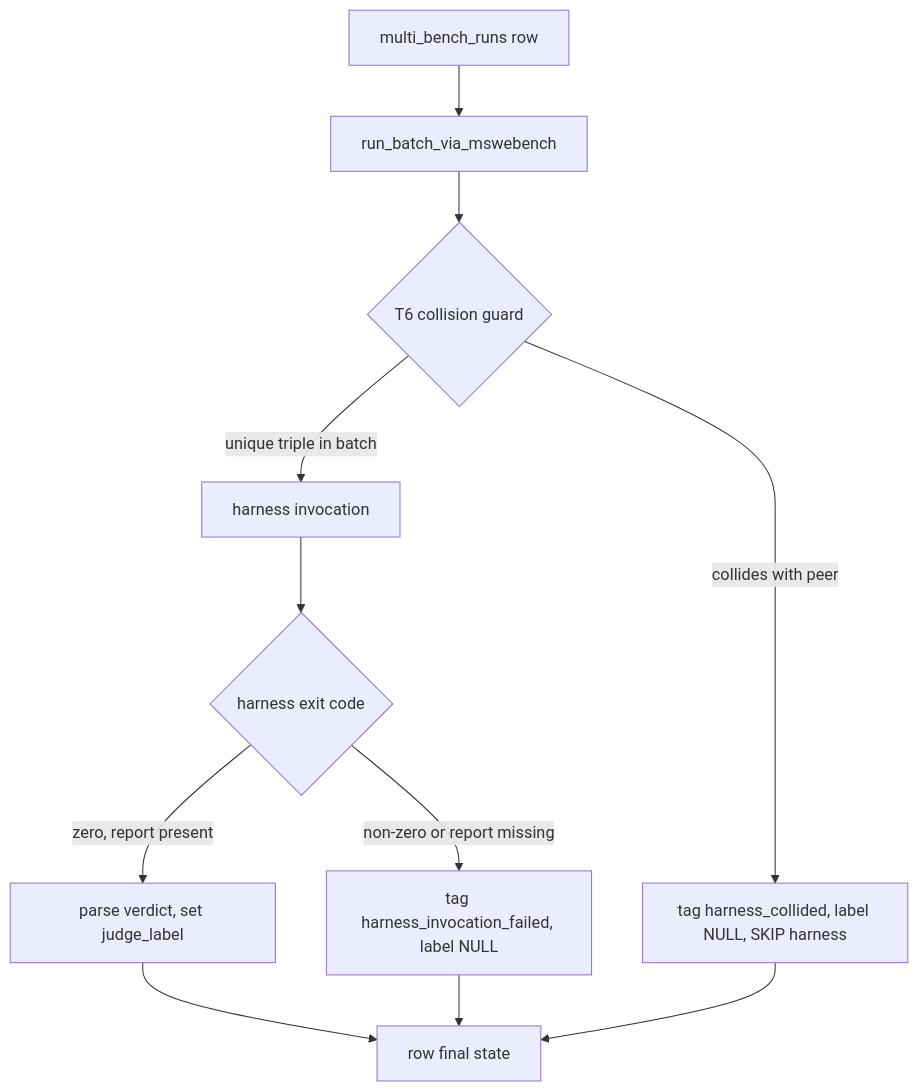
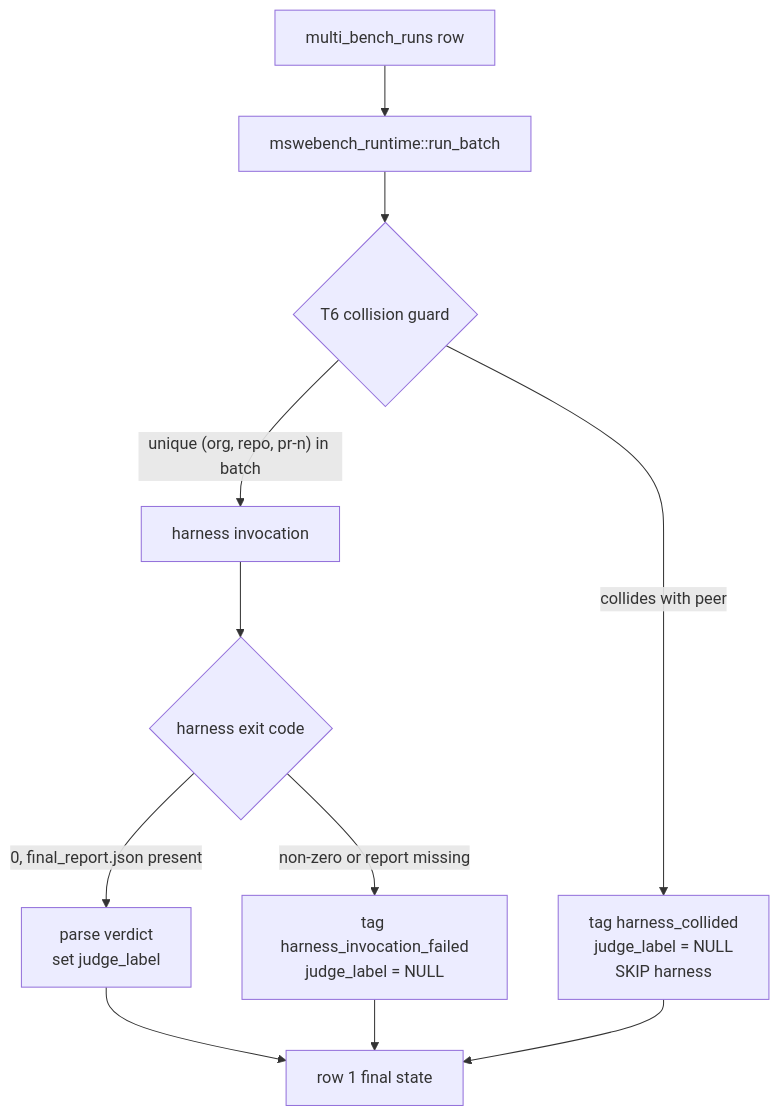
Before and after one commit to samrathchadha/perseusresearch: the diagram in src/content/essays/multi-swe-bench-wiring.mdx, drawn with Mermaid. The commit also changed other lines of this file and 31 other files, not shown here.

````diff
--- a/src/content/essays/multi-swe-bench-wiring.mdx
+++ b/src/content/essays/multi-swe-bench-wiring.mdx
@@ -166,13 +307,13 @@
 ```mermaid
 flowchart TD
-    A[multi_bench_runs row] --> B[run_batch_via_mswebench]
+    A[multi_bench_runs row] --> B[mswebench_runtime::run_batch]
     B --> C{T6 collision guard}
-    C -->|unique triple in batch| D[harness invocation]
-    C -->|collides with peer| E[tag harness_collided, label NULL, SKIP harness]
+    C -->|"unique (org, repo, pr-n) in batch"| D[harness invocation]
+    C -->|"collides with peer"| E["tag harness_collided<br/>judge_label = NULL<br/>SKIP harness"]
     D --> F{harness exit code}
-    F -->|zero, report present| G[parse verdict, set judge_label]
-    F -->|non-zero or report missing| H[tag harness_invocation_failed, label NULL]
-    G --> I[row final state]
+    F -->|"0, final_report.json present"| G[parse verdict<br/>set judge_label]
+    F -->|"non-zero or report missing"| H["tag harness_invocation_failed<br/>judge_label = NULL"]
+    G --> I[row 1 final state]
     E --> I
     H --> I
 ```
````
